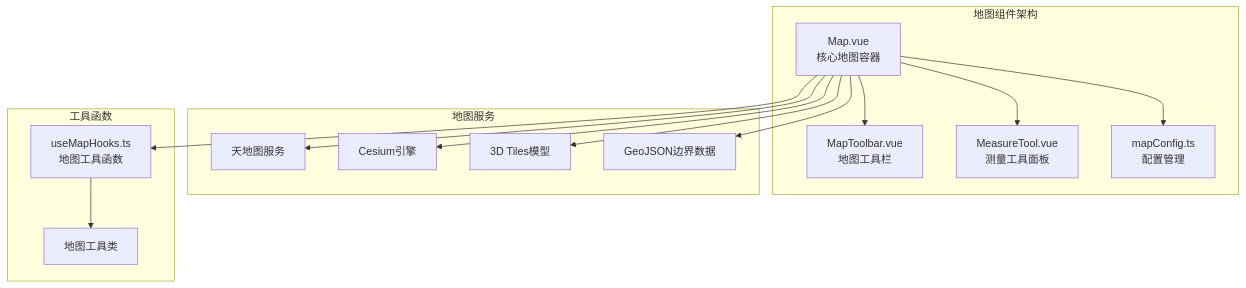
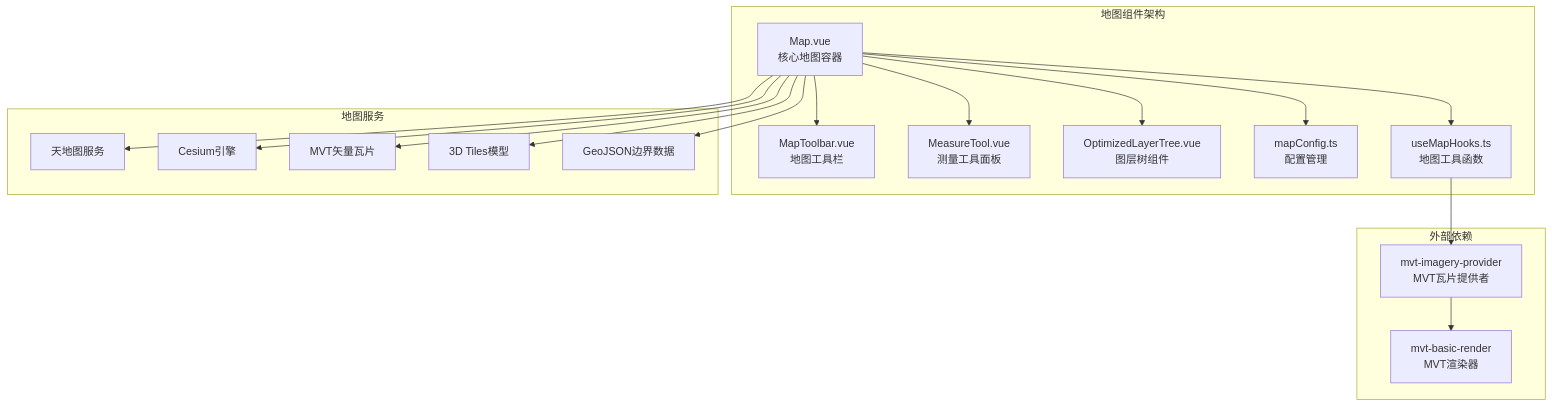
The first of 16 diagrams in .qoder/repowiki/zh/content/核心组件架构/地图组件.md (zhibo1997/government-dashboard), drawn with Mermaid before and after one commit. The commit also changed other lines of this file and 28 other files, not shown here.

````diff
--- a/.qoder/repowiki/zh/content/核心组件架构/地图组件.md
+++ b/.qoder/repowiki/zh/content/核心组件架构/地图组件.md
@@ -31,28 +46,34 @@
 ```mermaid
 graph TB
 subgraph "地图组件架构"
 Map[Map.vue<br/>核心地图容器]
 Toolbar[MapToolbar.vue<br/>地图工具栏]
 Measure[MeasureTool.vue<br/>测量工具面板]
+LayerTree[OptimizedLayerTree.vue<br/>图层树组件]
 Config[mapConfig.ts<br/>配置管理]
+Hooks[useMapHooks.ts<br/>地图工具函数]
 end
 subgraph "地图服务"
 Tianditu[天地图服务]
 Cesium[Cesium引擎]
+MVT[MVT矢量瓦片]
 ThreeDTiles[3D Tiles模型]
 GeoJSON[GeoJSON边界数据]
 end
-subgraph "工具函数"
-Hooks[useMapHooks.ts<br/>地图工具函数]
-Utils[地图工具类]
+subgraph "外部依赖"
+MVTLib[mvt-imagery-provider<br/>MVT瓦片提供者]
+MVTBasic[mvt-basic-render<br/>MVT渲染器]
 end
 Map --> Toolbar
 Map --> Measure
+Map --> LayerTree
 Map --> Config
+Map --> Hooks
 Map --> Tianditu
 Map --> Cesium
+Map --> MVT
 Map --> ThreeDTiles
 Map --> GeoJSON
-Map --> Hooks
-Hooks --> Utils
+Hooks --> MVTLib
+MVTLib --> MVTBasic
 ```
````
